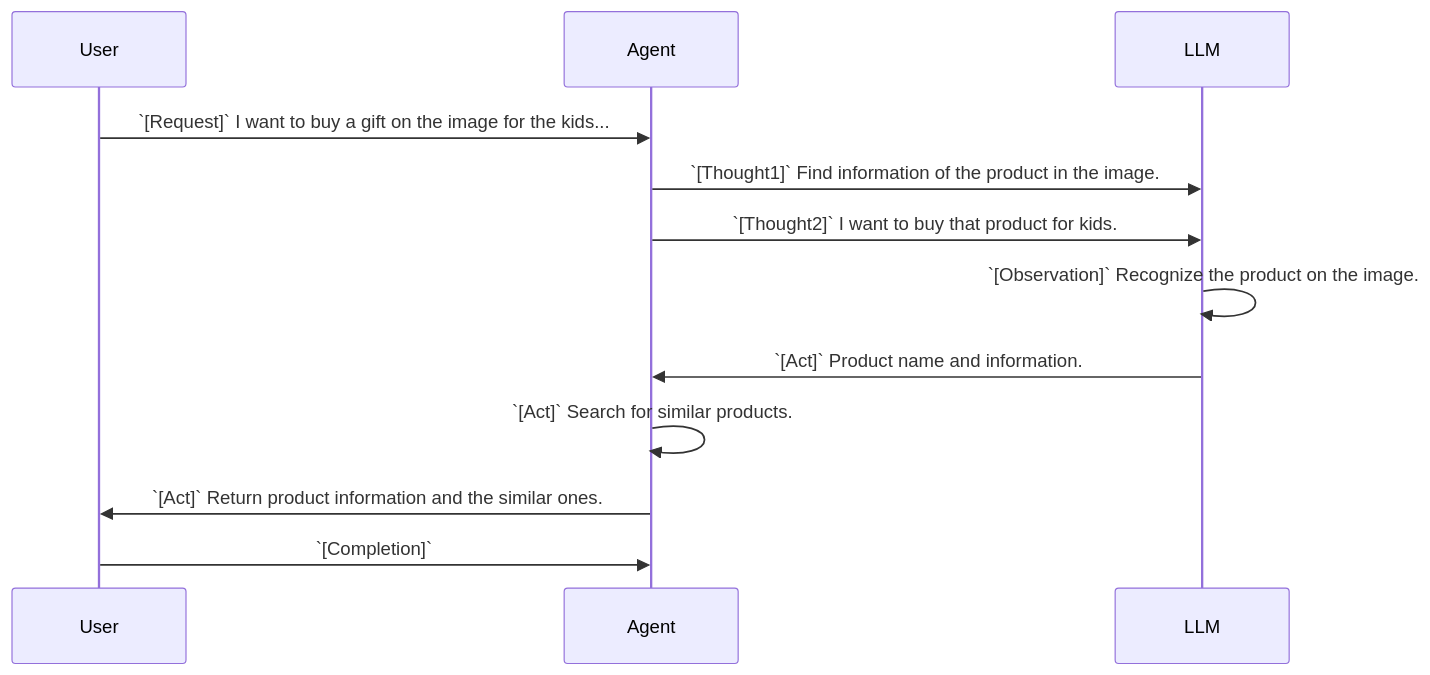
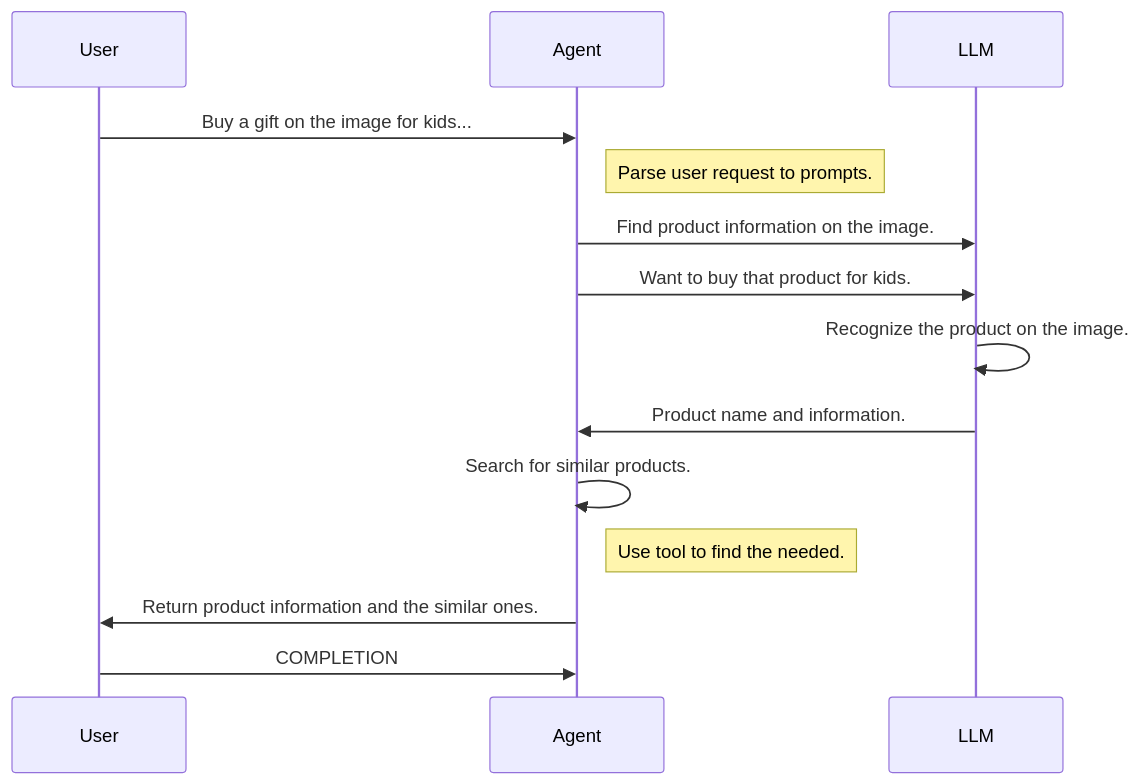
The second of 4 diagrams in _posts/2024-11-31-service-as-a-software.md (yueguoguo/yueguoguo.github.io), drawn with Mermaid before and after one commit. The commit also changed other lines of this file, not shown here.

Commit message:
update diagrams

```diff
--- a/_posts/2024-11-31-service-as-a-software.md
+++ b/_posts/2024-11-31-service-as-a-software.md
@@ -152,11 +144,13 @@
 <div class="mermaid">
 sequenceDiagram
-    User->>Agent: `[Request]` I want to buy a gift on the image for the kids...
-    Agent->>LLM: `[Thought1]` Find information of the product in the image.
-    Agent->>LLM: `[Thought2]` I want to buy that product for kids.
-    LLM->>LLM: `[Observation]` Recognize the product on the image. 
-    LLM->>Agent: `[Act]` Product name and information.
-    Agent->>Agent: `[Act]` Search for similar products.
-    Agent->>User: `[Act]` Return product information and the similar ones.
-    User->>Agent: `[Completion]`
+    User->>Agent: Buy a gift on the image for kids...
+    Note right of Agent: Parse user request to prompts.
+    Agent->>LLM: Find product information on the image.
+    Agent->>LLM: Want to buy that product for kids.
+    LLM->>LLM: Recognize the product on the image. 
+    LLM->>Agent: Product name and information.
+    Agent->>Agent: Search for similar products.
+    Note right of Agent: Use tool to find the needed.
+    Agent->>User: Return product information and the similar ones.
+    User->>Agent: COMPLETION
 </div>
```
